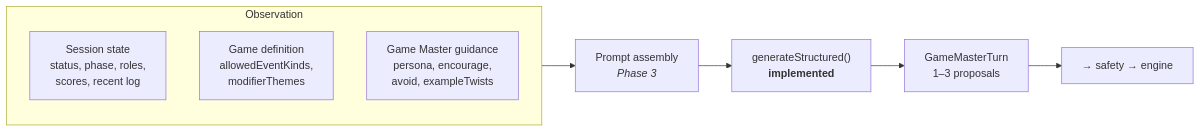
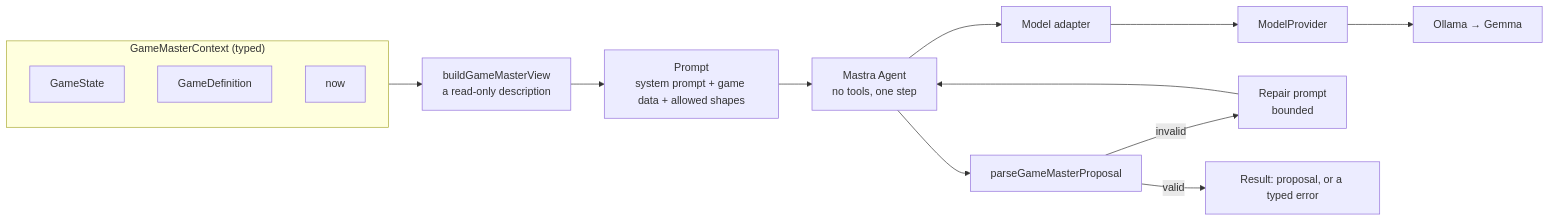
Before and after one commit to SHWETANK-SAURABH/touchgrass-game-master: the first of 2 diagrams in AI.md, drawn with Mermaid. The commit also changed other lines of this file and 25 other files, not shown here.

First line of the commit message:
feat(ai): validate real Gemma game-master proposals

````diff
--- a/AI.md
+++ b/AI.md
@@ -53,12 +70,18 @@
 ```mermaid
 flowchart LR
-    subgraph Observation
-        A["Session state<br/>status, phase, roles,<br/>scores, recent log"]
-        B["Game definition<br/>allowedEventKinds,<br/>modifierThemes"]
-        C["Game Master guidance<br/>persona, encourage,<br/>avoid, exampleTwists"]
+    subgraph Input["GameMasterContext (typed)"]
+        A["GameState"]
+        B["GameDefinition"]
+        C["now"]
     end
-    Observation --> P["Prompt assembly<br/><i>Phase 3</i>"]
-    P --> G["generateStructured()<br/><b>implemented</b>"]
-    G --> T["GameMasterTurn<br/>1–3 proposals"]
-    T --> V["→ safety → engine"]
+    Input --> V["buildGameMasterView<br/>a read-only description"]
+    V --> P["Prompt<br/>system prompt + game data + allowed shapes"]
+    P --> AG["Mastra Agent<br/>no tools, one step"]
+    AG --> AD["Model adapter"]
+    AD --> MP["ModelProvider"]
+    MP --> O["Ollama → Gemma"]
+    AG --> PR["parseGameMasterProposal"]
+    PR -- invalid --> RP["Repair prompt<br/>bounded"]
+    RP --> AG
+    PR -- valid --> OUT["Result: proposal, or a typed error"]
 ```
````
